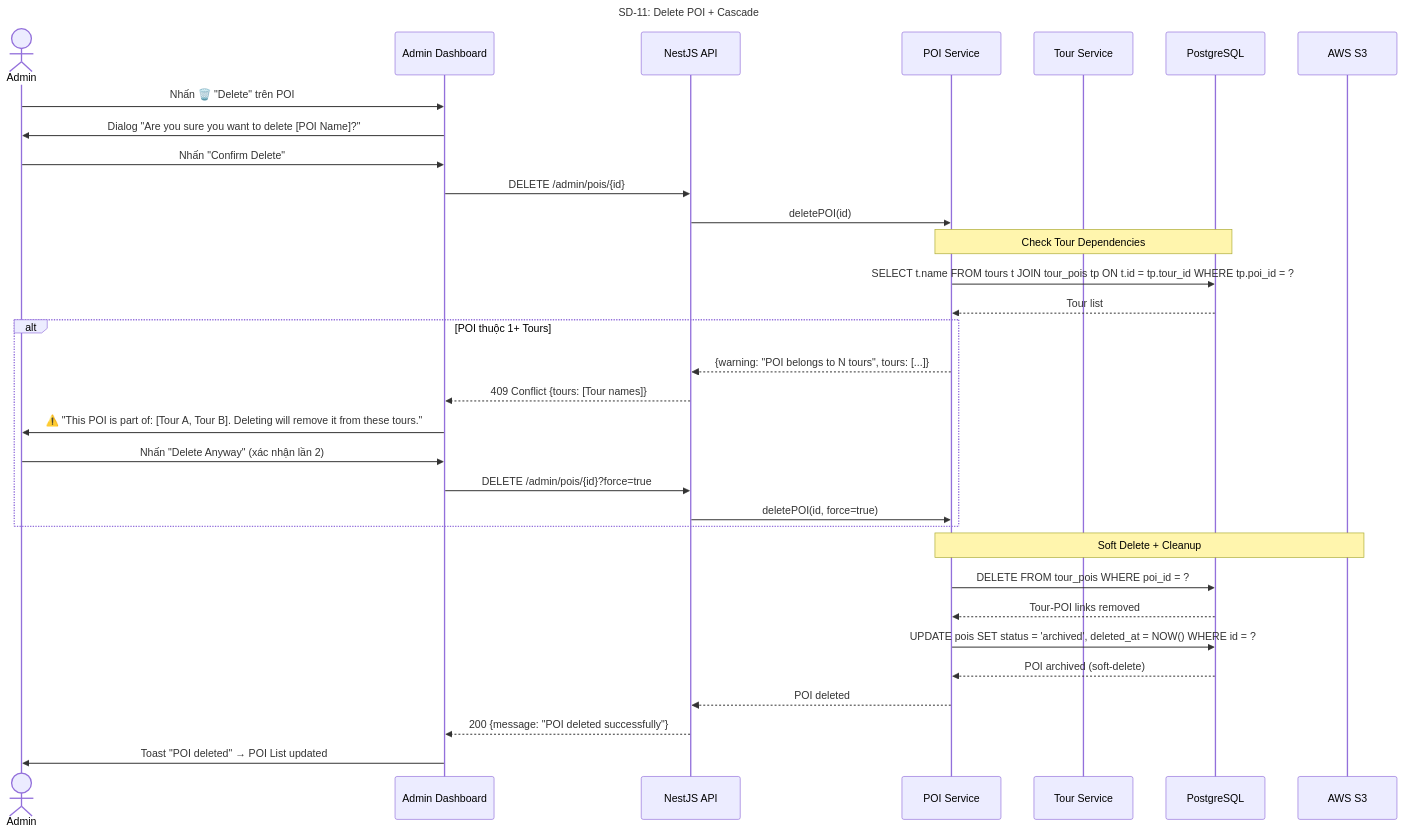
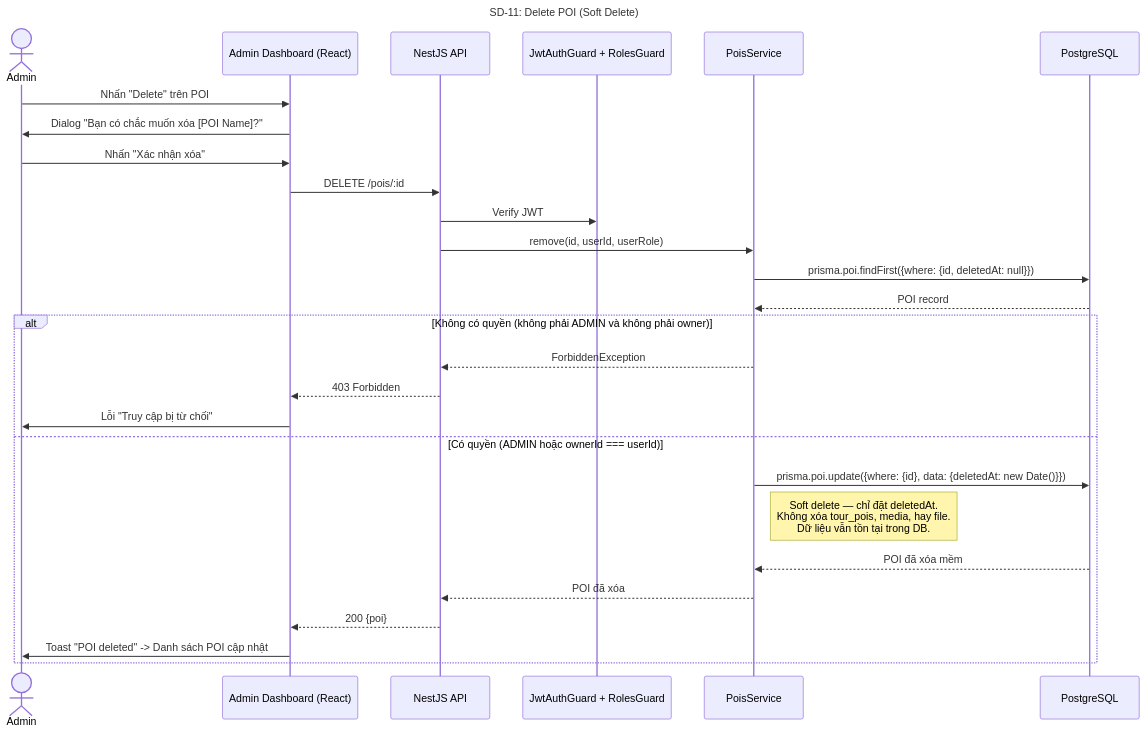
Before and after one commit to Ttuandatt/Seminar: diagram 11 of 28 in docs/step3_prd/15_sequence_diagrams.md, drawn with Mermaid. The commit also changed other lines of this file and 19 other files, not shown here.

First line of the commit message:
feat(auth): implement forgot/reset password with Brevo email service

````diff
--- a/docs/step3_prd/15_sequence_diagrams.md
+++ b/docs/step3_prd/15_sequence_diagrams.md
@@ -573,41 +635,33 @@
 ```mermaid
 sequenceDiagram
-    title SD-11: Delete POI + Cascade
+    title SD-11: Delete POI (Soft Delete)
     actor Admin
-    participant UI as Admin Dashboard
+    participant UI as Admin Dashboard (React)
     participant API as NestJS API
-    participant POI as POI Service
-    participant Tour as Tour Service
+    participant Guard as JwtAuthGuard + RolesGuard
+    participant POI as PoisService
     participant DB as PostgreSQL
-    participant S3 as AWS S3
 
-    Admin->>UI: Nhấn 🗑️ "Delete" trên POI
-    UI->>Admin: Dialog "Are you sure you want to delete [POI Name]?"
-    Admin->>UI: Nhấn "Confirm Delete"
-    
-    UI->>API: DELETE /admin/pois/{id}
-    API->>POI: deletePOI(id)
-    
-    Note over POI, DB: Check Tour Dependencies
-    POI->>DB: SELECT t.name FROM tours t JOIN tour_pois tp ON t.id = tp.tour_id WHERE tp.poi_id = ?
-    DB-->>POI: Tour list
+    Admin->>UI: Nhấn "Delete" trên POI
+    UI->>Admin: Dialog "Bạn có chắc muốn xóa [POI Name]?"
+    Admin->>UI: Nhấn "Xác nhận xóa"
 
-    alt POI thuộc 1+ Tours
-        POI-->>API: {warning: "POI belongs to N tours", tours: [...]}
-        API-->>UI: 409 Conflict {tours: [Tour names]}
-        UI->>Admin: ⚠️ "This POI is part of: [Tour A, Tour B]. Deleting will remove it from these tours."
-        Admin->>UI: Nhấn "Delete Anyway" (xác nhận lần 2)
-        UI->>API: DELETE /admin/pois/{id}?force=true
-        API->>POI: deletePOI(id, force=true)
+    UI->>API: DELETE /pois/:id
+    API->>Guard: Verify JWT
+    API->>POI: remove(id, userId, userRole)
+    POI->>DB: prisma.poi.findFirst({where: {id, deletedAt: null}})
+    DB-->>POI: POI record
+
+    alt Không có quyền (không phải ADMIN và không phải owner)
+        POI-->>API: ForbiddenException
+        API-->>UI: 403 Forbidden
+        UI->>Admin: Lỗi "Truy cập bị từ chối"
+    else Có quyền (ADMIN hoặc ownerId === userId)
+        POI->>DB: prisma.poi.update({where: {id}, data: {deletedAt: new Date()}})
+        Note right of POI: Soft delete — chỉ đặt deletedAt.<br/>Không xóa tour_pois, media, hay file.<br/>Dữ liệu vẫn tồn tại trong DB.
+        DB-->>POI: POI đã xóa mềm
+        POI-->>API: POI đã xóa
+        API-->>UI: 200 {poi}
+        UI->>Admin: Toast "POI deleted" -> Danh sách POI cập nhật
     end
-
-    Note over POI, S3: Soft Delete + Cleanup
-    POI->>DB: DELETE FROM tour_pois WHERE poi_id = ?
-    DB-->>POI: Tour-POI links removed
-    POI->>DB: UPDATE pois SET status = 'archived', deleted_at = NOW() WHERE id = ?
-    DB-->>POI: POI archived (soft-delete)
-    
-    POI-->>API: POI deleted
-    API-->>UI: 200 {message: "POI deleted successfully"}
-    UI->>Admin: Toast "POI deleted" → POI List updated
 ```
````
